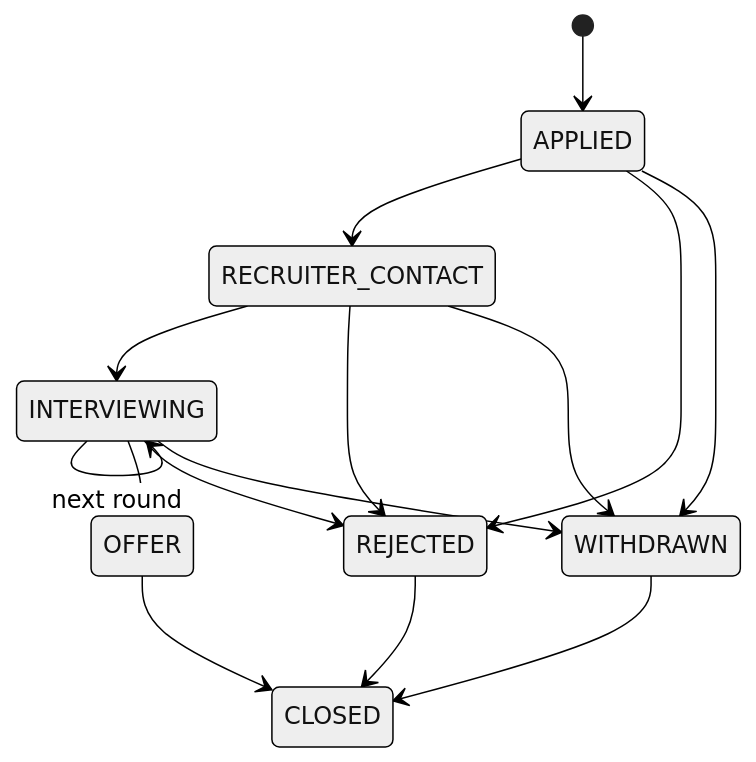
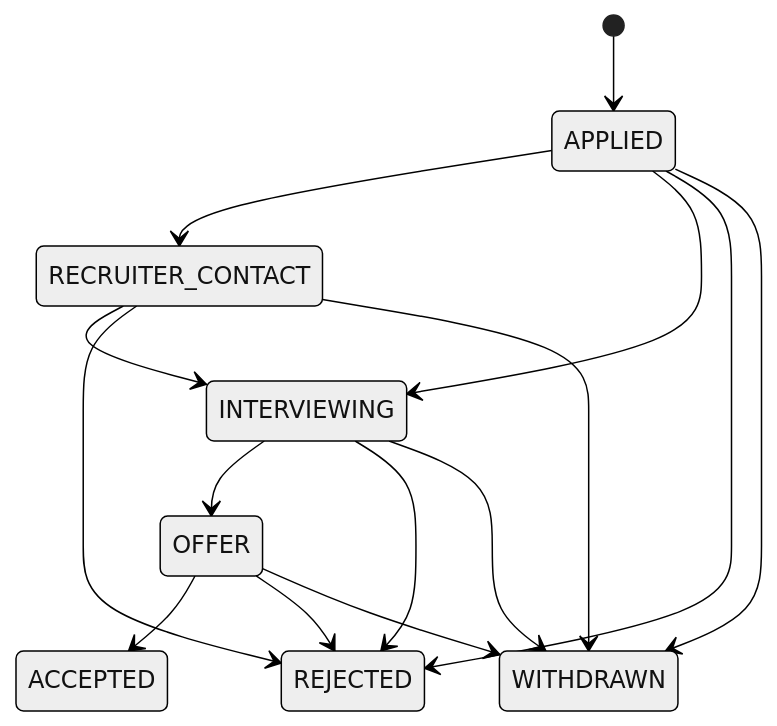
Before and after one commit to Andy-JunXiong/Personal-AI-Workspace: the diagram in docs/architecture/STATE_MODEL_v0.1.md, drawn with Mermaid (neutral theme). The commit also changed other lines of this file and 15 other files, not shown here.

````diff
--- a/docs/architecture/STATE_MODEL_v0.1.md
+++ b/docs/architecture/STATE_MODEL_v0.1.md
@@ -232,21 +233,21 @@
 ```mermaid
 stateDiagram-v2
     [*] --> APPLIED
 
     APPLIED --> RECRUITER_CONTACT
+    APPLIED --> INTERVIEWING
     APPLIED --> REJECTED
     APPLIED --> WITHDRAWN
 
     RECRUITER_CONTACT --> INTERVIEWING
     RECRUITER_CONTACT --> REJECTED
     RECRUITER_CONTACT --> WITHDRAWN
 
-    INTERVIEWING --> INTERVIEWING: next round
     INTERVIEWING --> OFFER
     INTERVIEWING --> REJECTED
     INTERVIEWING --> WITHDRAWN
 
-    OFFER --> CLOSED
-    REJECTED --> CLOSED
-    WITHDRAWN --> CLOSED
+    OFFER --> ACCEPTED
+    OFFER --> REJECTED
+    OFFER --> WITHDRAWN
 ```
````
